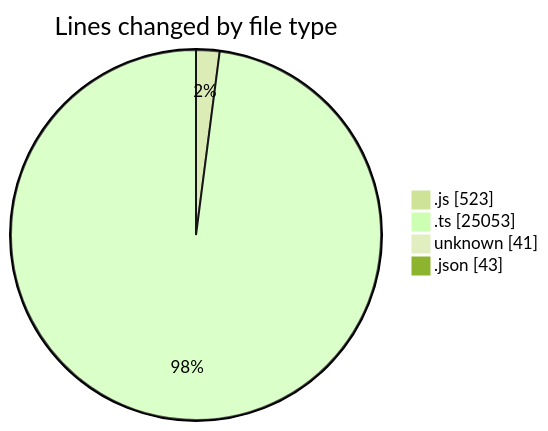
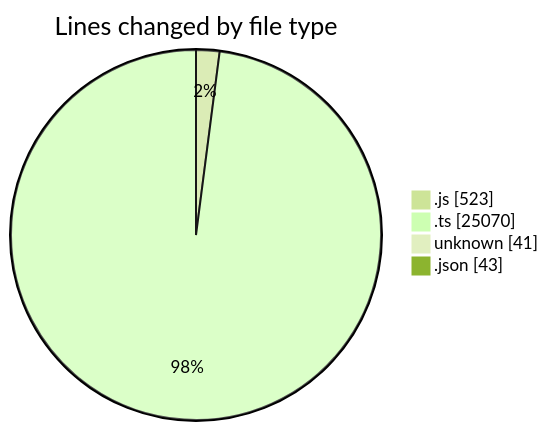
Before and after one commit to momahboobian/code-tracking: the first of 2 diagrams in 2025-08-15/cda/README.md, drawn with Mermaid (forest theme). The commit also changed other lines of this file and 1 other file, not shown here.

````diff
--- a/2025-08-15/cda/README.md
+++ b/2025-08-15/cda/README.md
@@ -31,8 +31,8 @@
 ```mermaid
 pie showData
 title Lines changed by file type
 ".js" : 523
-".ts" : 25053
+".ts" : 25070
 "unknown" : 41
 ".json" : 43
 ```
````
